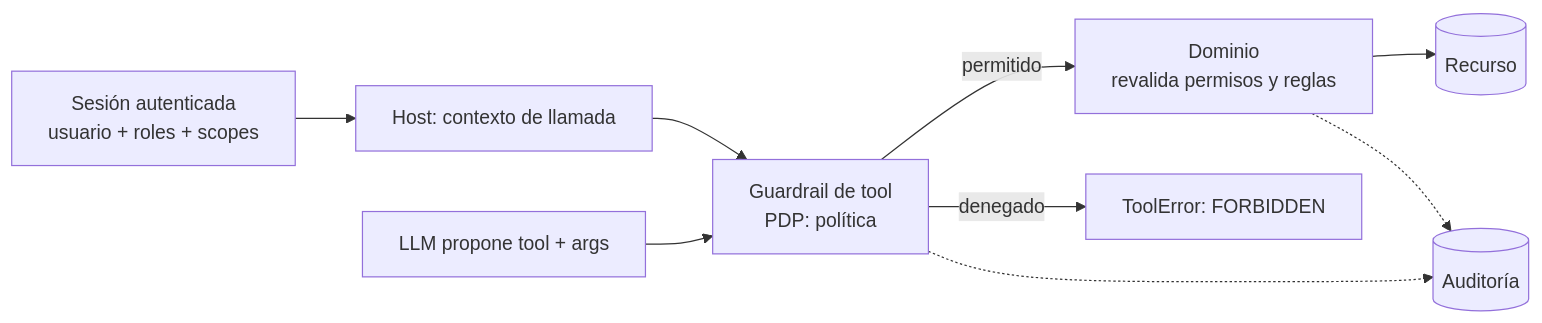
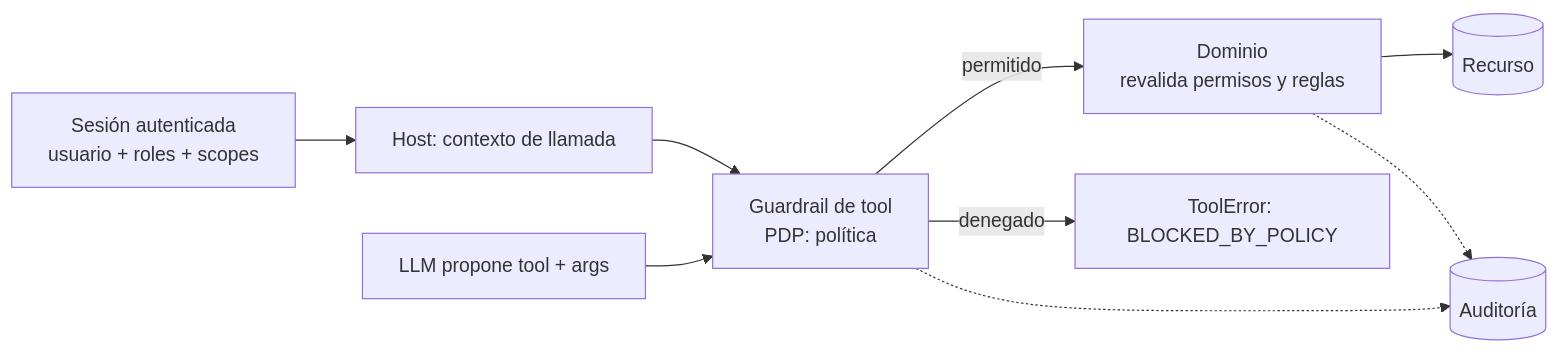
The first of 2 diagrams in docs/learn/06-autenticacion-y-autorizacion.md (Kash0321/agentic-ai-sandbox), drawn with Mermaid before and after one commit. The commit also changed other lines of this file and 82 other files, not shown here.

````diff
--- a/docs/learn/06-autenticacion-y-autorizacion.md
+++ b/docs/learn/06-autenticacion-y-autorizacion.md
@@ -42,11 +42,11 @@
 ```mermaid
 flowchart LR
     S[Sesión autenticada<br/>usuario + roles + scopes] --> H[Host: contexto de llamada]
     M[LLM propone tool + args] --> P[Guardrail de tool<br/>PDP: política]
     H --> P
     P -->|permitido| D[Dominio<br/>revalida permisos y reglas]
-    P -->|denegado| E[ToolError: FORBIDDEN]
+    P -->|denegado| E[ToolError: BLOCKED_BY_POLICY]
     D --> R[(Recurso)]
     P -.-> A[(Auditoría)]
     D -.-> A
 ```
````
